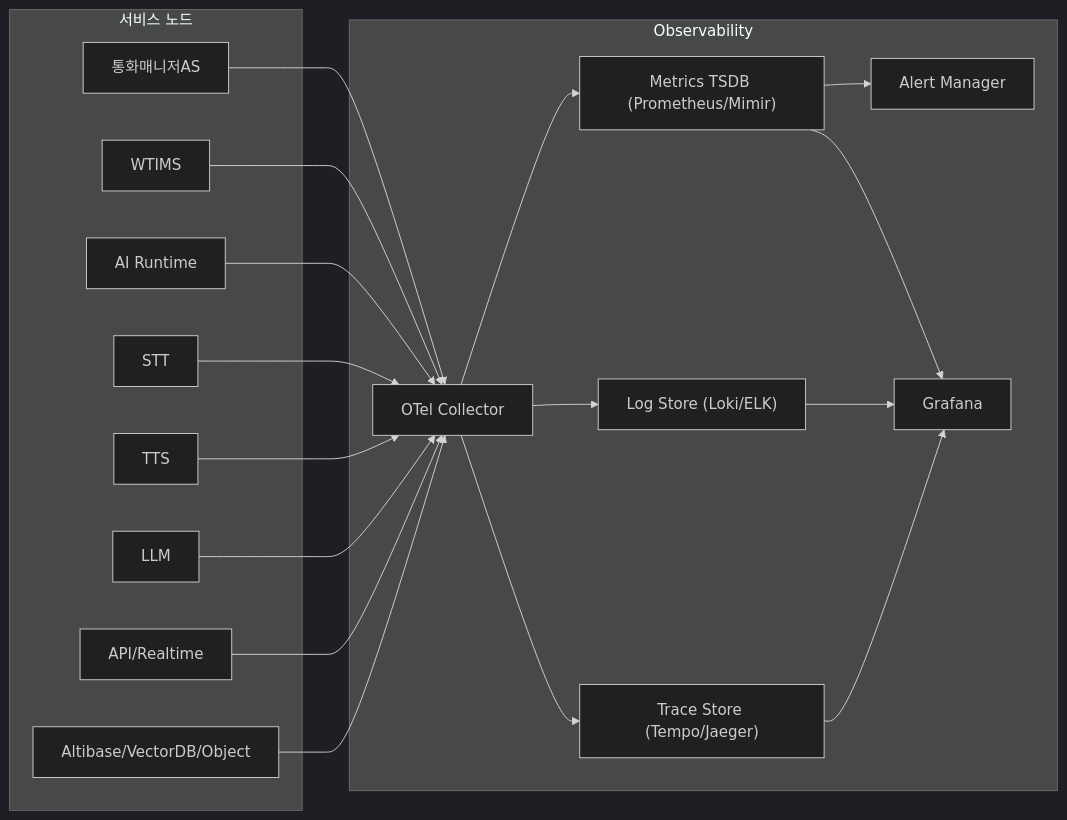
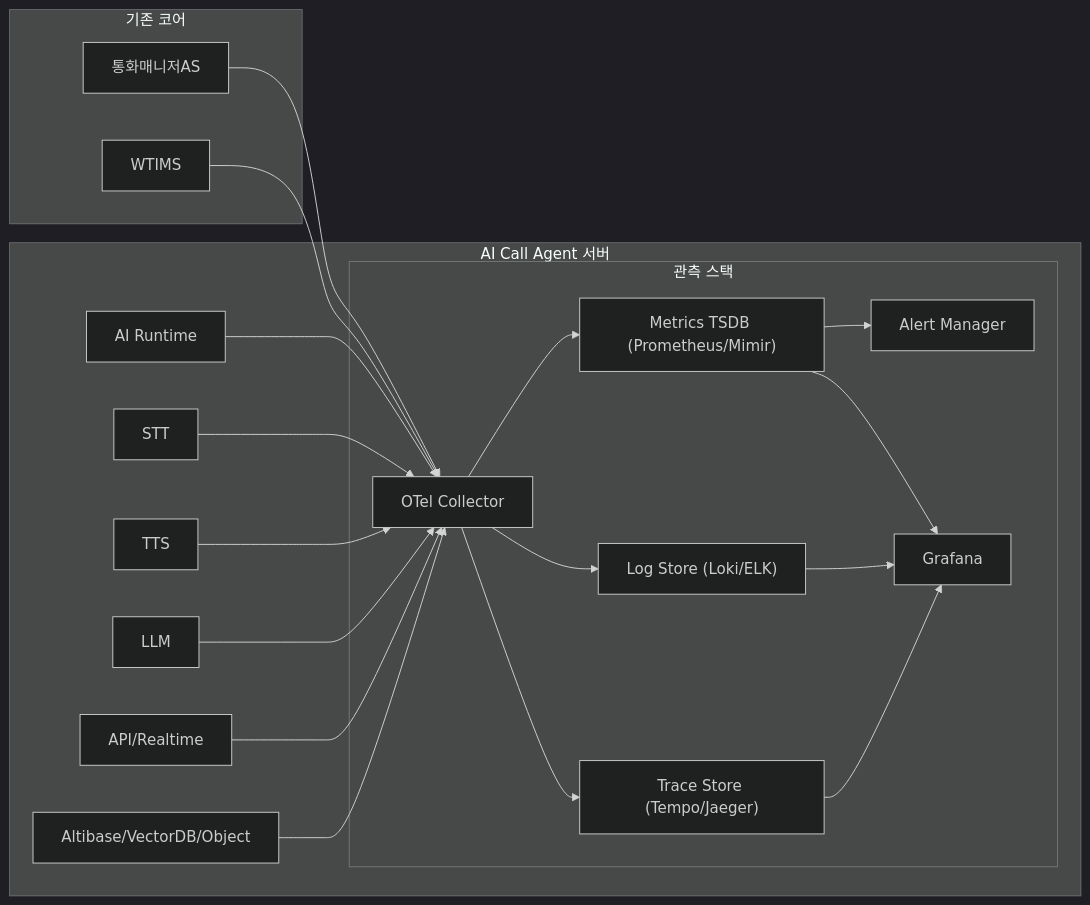
Before and after one commit to hak023/agentic_ai_callbot: the fourth of 4 diagrams in docs/architecture/production-deployment-architecture.md, drawn with Mermaid (dark theme). The commit also changed other lines of this file, not shown here.

Commit message:
docs(architecture): 런타임 경계 초안, WTIMS-AI Runtime 미디어 시그널, Object Storage 역할 정리

````diff
--- a/docs/architecture/production-deployment-architecture.md
+++ b/docs/architecture/production-deployment-architecture.md
@@ -300,39 +367,41 @@
 ```mermaid
 flowchart LR
-    subgraph NODES["서비스 노드"]
+    subgraph CORE["기존 코어"]
       CM["통화매니저AS"]
       WT["WTIMS"]
+    end
+
+    subgraph ACA["AI Call Agent 서버"]
       AIR["AI Runtime"]
       STT["STT"]
       TTS["TTS"]
       LLM["LLM"]
       API["API/Realtime"]
       DB["Altibase/VectorDB/Object"]
-    end
-
-    subgraph OBS["Observability"]
-      OTL["OTel Collector"]
-      MTS["Metrics TSDB (Prometheus/Mimir)"]
-      LOG["Log Store (Loki/ELK)"]
-      TRC["Trace Store (Tempo/Jaeger)"]
-      ALR["Alert Manager"]
-      GRA["Grafana"]
+      subgraph OBS["관측 스택"]
+        OTL["OTel Collector"]
+        MTS["Metrics TSDB (Prometheus/Mimir)"]
+        LOG["Log Store (Loki/ELK)"]
+        TRC["Trace Store (Tempo/Jaeger)"]
+        ALR["Alert Manager"]
+        GRA["Grafana"]
+      end
     end
 
     CM --> OTL
     WT --> OTL
     AIR --> OTL
     STT --> OTL
     TTS --> OTL
     LLM --> OTL
     API --> OTL
     DB --> OTL
 
     OTL --> MTS
     OTL --> LOG
     OTL --> TRC
     MTS --> ALR
     LOG --> GRA
     TRC --> GRA
     MTS --> GRA
 ```
````
